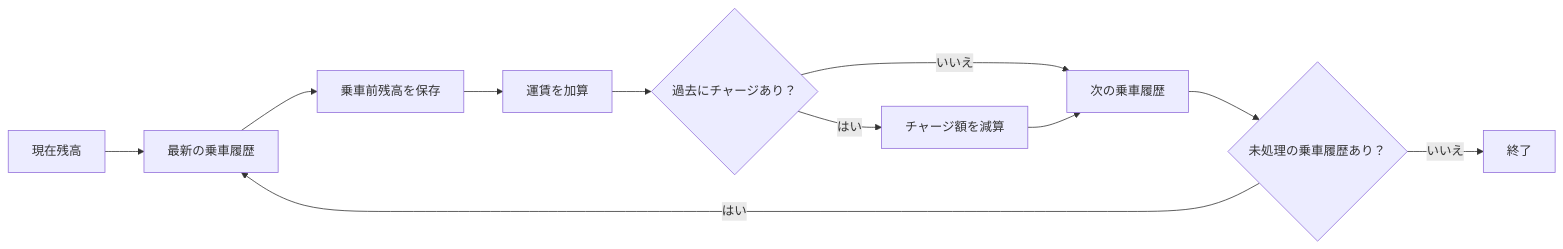
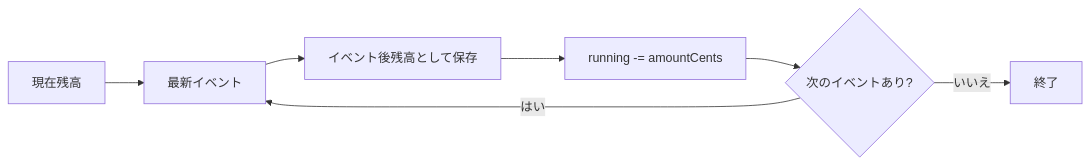
One commit to rs6-41/TransitICScanner changed the seventh of 8 diagrams in doc/cards/usClipper.md. Above: the diagram before and after it, drawn with Mermaid. The commit also changed other lines of this file and 3 other files, not shown here.

````diff
--- a/doc/cards/usClipper.md
+++ b/doc/cards/usClipper.md
@@ -842,13 +1632,9 @@
 ```mermaid
 graph LR;
-    A[現在残高] --> B["最新の乗車履歴"];
-    B --> C["乗車前残高を保存"];
-    C --> D["運賃を加算"];
-    D --> E{"過去にチャージあり？"};
-    E -- はい --> F["チャージ額を減算"];
-    E -- いいえ --> G["次の乗車履歴"];
-    F --> G;
-    G --> H{"未処理の乗車履歴あり？"};
-    H -- はい --> B;
-    H -- いいえ --> I[終了];
+    A["現在残高"] --> B["最新イベント"];
+    B --> C["イベント後残高として保存"];
+    C --> D["running -= amountCents"];
+    D --> E{"次のイベントあり?"};
+    E -- "はい" --> B;
+    E -- "いいえ" --> F["終了"];
 ```
````
